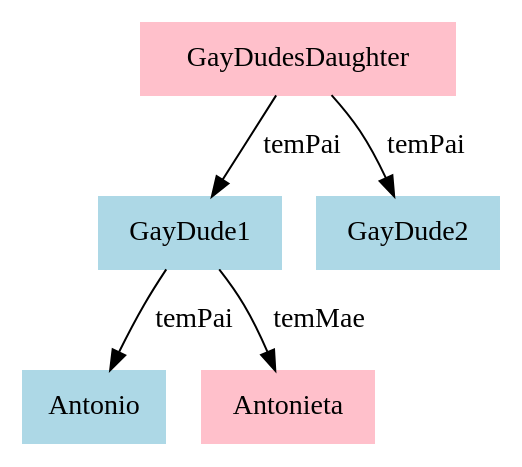
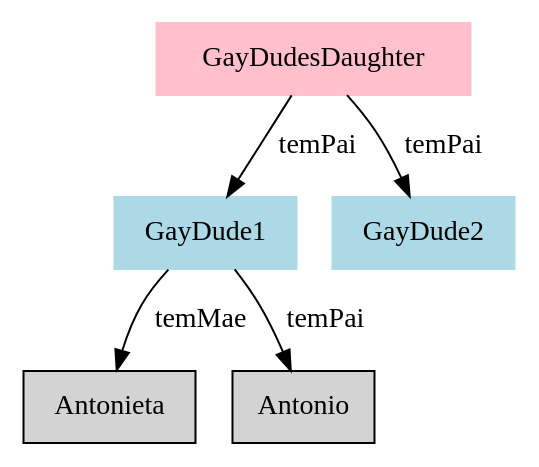
The diagram in graphs/graph.gv (KillByteHD/PL-Project-2), drawn with Graphviz before and after one commit. The commit also changed 5 other files, not shown here.

```diff
--- a/graphs/graph.gv
+++ b/graphs/graph.gv
@@ -1,13 +1,11 @@
 digraph Family
 {
     node [shape=box,style=filled];
-    Antonio [color=lightblue];
     GayDudesDaughter [color=pink];
     GayDudesDaughter -> GayDude1 [label="temPai"];
     GayDudesDaughter -> GayDude2 [label="temPai"];
     GayDude2 [color=lightblue];
-    Antonieta [color=pink];
     GayDude1 [color=lightblue];
     GayDude1 -> Antonieta [label="temMae"];
     GayDude1 -> Antonio [label="temPai"];
 }
```
